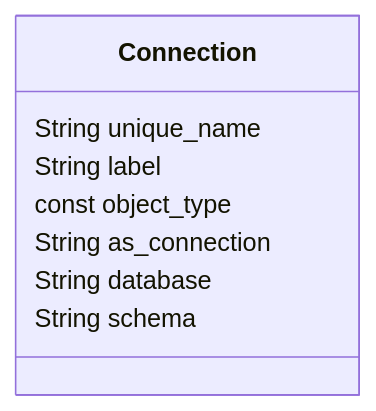
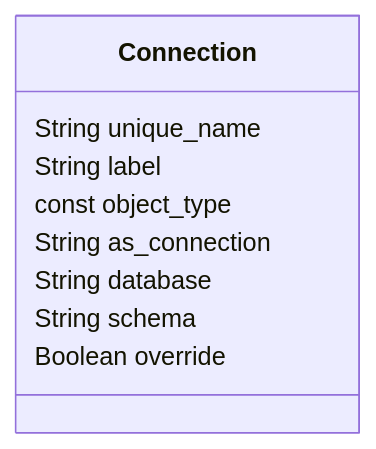
One commit to AlchemyTechLabsInc/SML changed the diagram in sml-reference/connection.md. Above: the diagram before and after it, drawn with Mermaid. The commit also changed other lines of this file and 1 other file, not shown here.

````diff
--- a/sml-reference/connection.md
+++ b/sml-reference/connection.md
@@ -24,11 +24,12 @@
 ```mermaid
 classDiagram
     class Connection{
       String unique_name
       String label
       const object_type
       String as_connection
       String database
       String schema
+      Boolean override
     }
 ```
````
